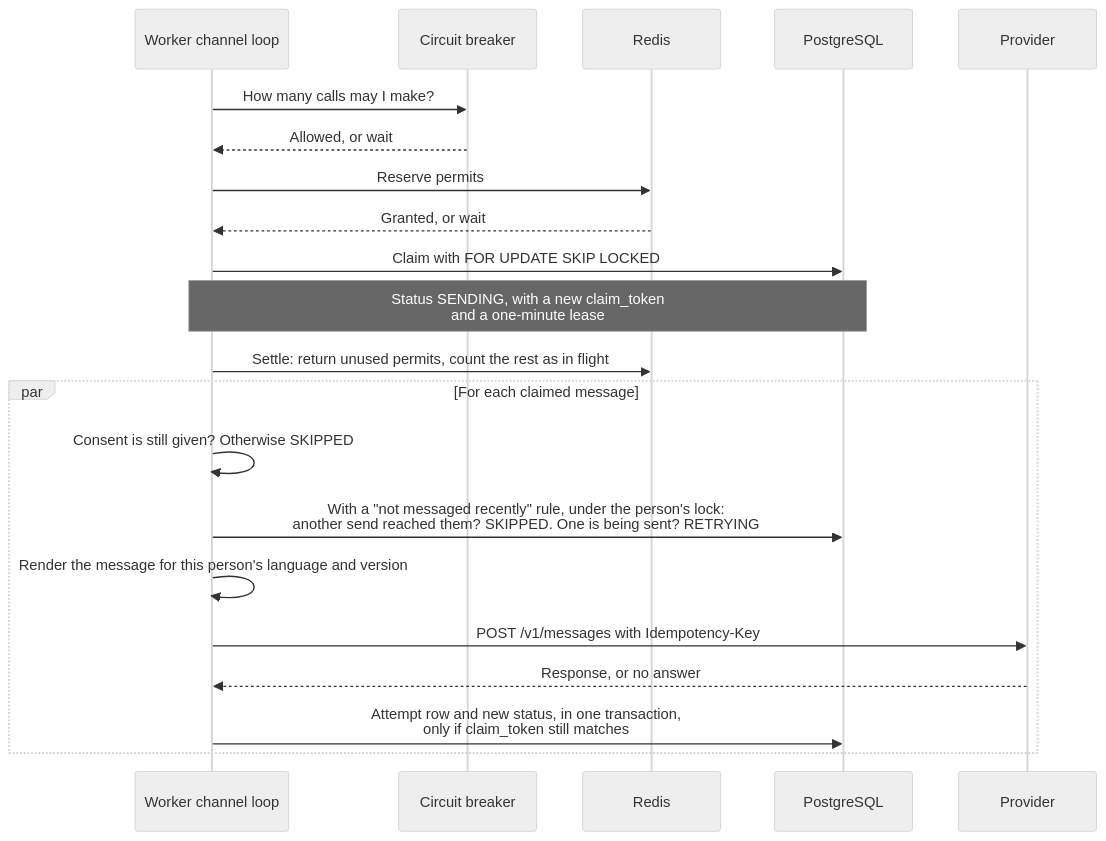
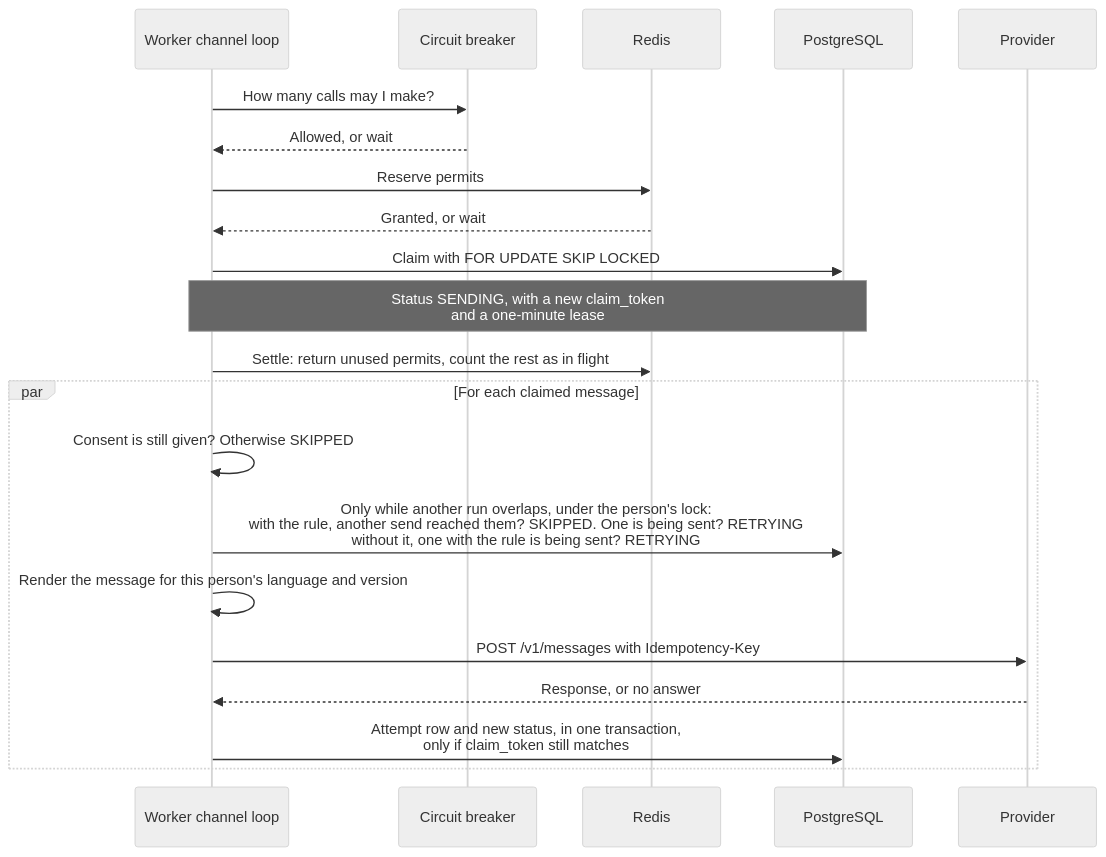
The sixth of 13 diagrams in docs/flows.md (negativexq/smart-campaign-composer), drawn with Mermaid (neutral theme) before and after one commit. The commit also changed 6 other files, not shown here.

Commit message:
fix: check recent messages only while campaigns overlap

````diff
--- a/docs/flows.md
+++ b/docs/flows.md
@@ -173,24 +173,24 @@
 ```mermaid
 sequenceDiagram
     participant W as Worker channel loop
     participant B as Circuit breaker
     participant R as Redis
     participant D as PostgreSQL
     participant P as Provider
 
     W->>B: How many calls may I make?
     B-->>W: Allowed, or wait
     W->>R: Reserve permits
     R-->>W: Granted, or wait
     W->>D: Claim with FOR UPDATE SKIP LOCKED
     Note over W,D: Status SENDING, with a new claim_token<br/>and a one-minute lease
     W->>R: Settle: return unused permits, count the rest as in flight
     par For each claimed message
         W->>W: Consent is still given? Otherwise SKIPPED
-        W->>D: With a "not messaged recently" rule, under the person's lock:<br/>another send reached them? SKIPPED. One is being sent? RETRYING
+        W->>D: Only while another run overlaps, under the person's lock:<br/>with the rule, another send reached them? SKIPPED. One is being sent? RETRYING<br/>without it, one with the rule is being sent? RETRYING
         W->>W: Render the message for this person's language and version
         W->>P: POST /v1/messages with Idempotency-Key
         P-->>W: Response, or no answer
         W->>D: Attempt row and new status, in one transaction,<br/>only if claim_token still matches
     end
 ```
````
